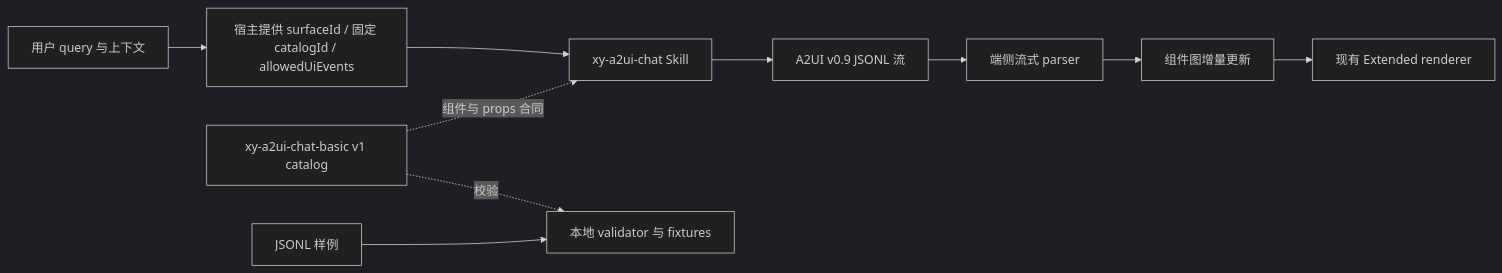
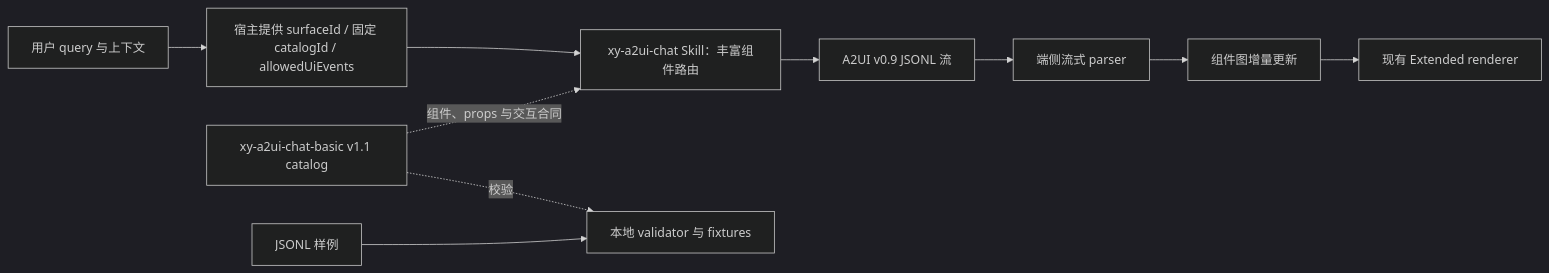
The diagram in docs/a2ui-chat-skill-and-components-plan.md (g826796047/XyAgenUI), drawn with Mermaid (dark theme) before and after one commit. The commit also changed other lines of this file and 19 other files, not shown here.

````diff
--- a/docs/a2ui-chat-skill-and-components-plan.md
+++ b/docs/a2ui-chat-skill-and-components-plan.md
@@ -26,12 +26,12 @@
 ```mermaid
 flowchart LR
     Q[用户 query 与上下文] --> H[宿主提供 surfaceId / 固定 catalogId / allowedUiEvents]
-    H --> S[xy-a2ui-chat Skill]
+    H --> S[xy-a2ui-chat Skill：丰富组件路由]
     S --> J[A2UI v0.9 JSONL 流]
     J --> P[端侧流式 parser]
     P --> G[组件图增量更新]
     G --> R[现有 Extended renderer]
-    C[xy-a2ui-chat-basic v1 catalog] -. 组件与 props 合同 .-> S
+    C[xy-a2ui-chat-basic v1.1 catalog] -. 组件、props 与交互合同 .-> S
     C -. 校验 .-> V[本地 validator 与 fixtures]
     E[JSONL 样例] --> V
 ```
````
